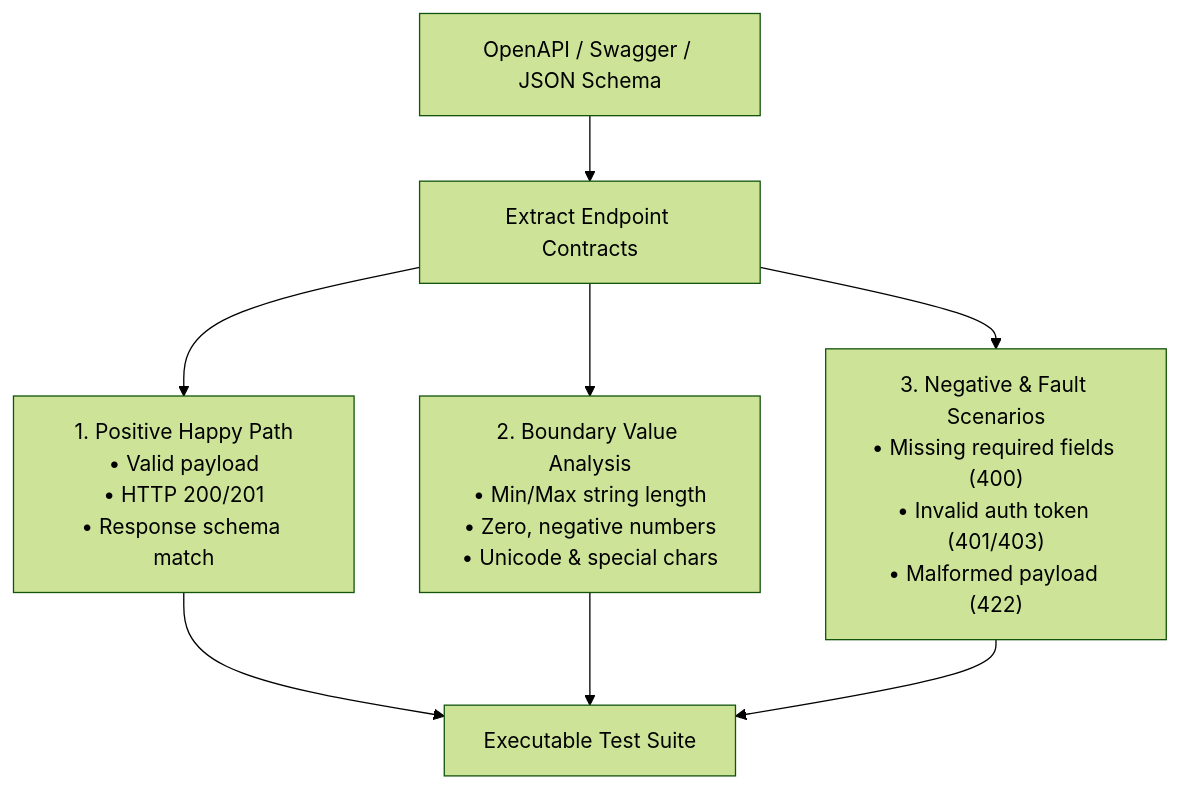
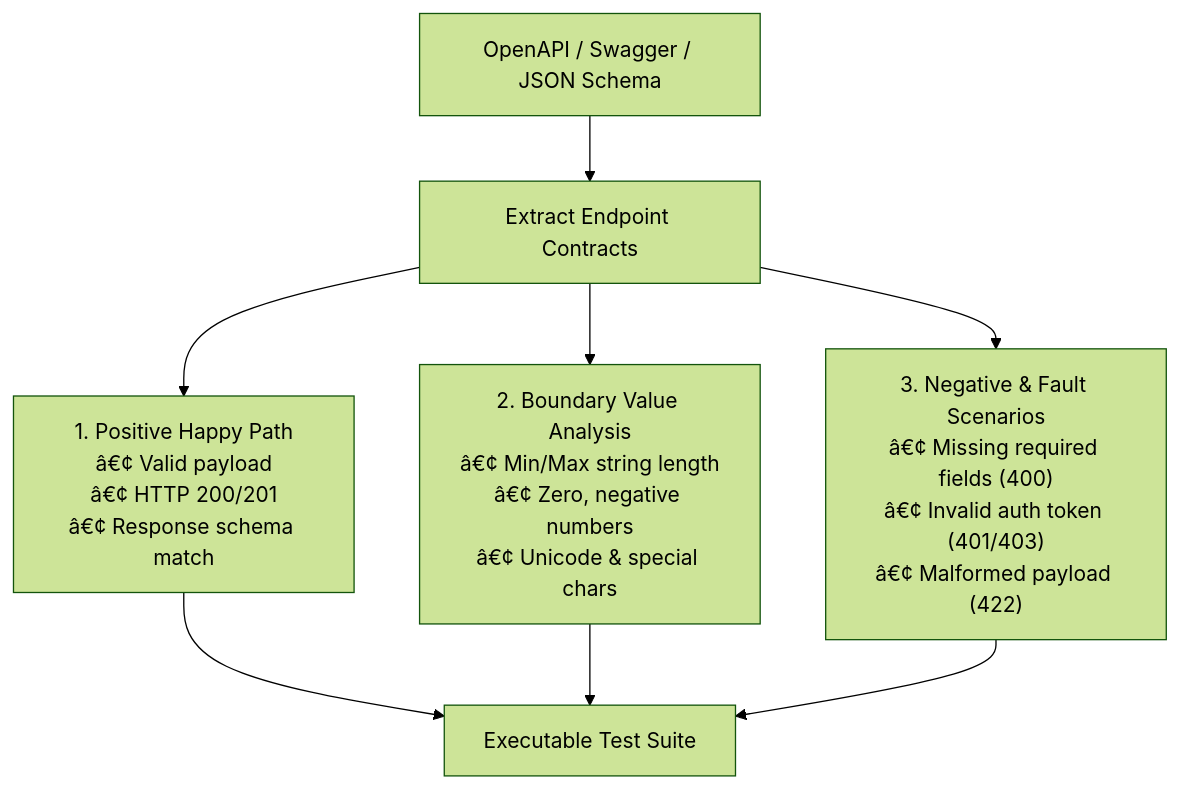
One commit to TeeVee98/Synapse-Hub changed the diagram in .agents/skills/api-spec-to-e2e-matrix/SKILL.md. Above: the diagram before and after it, drawn with Mermaid (forest theme). The commit also changed other lines of this file and 25 other files, not shown here.

````diff
--- a/.agents/skills/api-spec-to-e2e-matrix/SKILL.md
+++ b/.agents/skills/api-spec-to-e2e-matrix/SKILL.md
@@ -15,9 +15,9 @@
 ```mermaid
 flowchart TD
     Spec["OpenAPI / Swagger / JSON Schema"] --> Parse["Extract Endpoint Contracts"]
-    Parse --> Pos["1. Positive Happy Path<br/>• Valid payload<br/>• HTTP 200/201<br/>• Response schema match"]
-    Parse --> Bound["2. Boundary Value Analysis<br/>• Min/Max string length<br/>• Zero, negative numbers<br/>• Unicode & special chars"]
-    Parse --> Neg["3. Negative & Fault Scenarios<br/>• Missing required fields (400)<br/>• Invalid auth token (401/403)<br/>• Malformed payload (422)"]
+    Parse --> Pos["1. Positive Happy Path<br/>â€¢ Valid payload<br/>â€¢ HTTP 200/201<br/>â€¢ Response schema match"]
+    Parse --> Bound["2. Boundary Value Analysis<br/>â€¢ Min/Max string length<br/>â€¢ Zero, negative numbers<br/>â€¢ Unicode & special chars"]
+    Parse --> Neg["3. Negative & Fault Scenarios<br/>â€¢ Missing required fields (400)<br/>â€¢ Invalid auth token (401/403)<br/>â€¢ Malformed payload (422)"]
 
     Pos & Bound & Neg --> Suite["Executable Test Suite"]
 ```
````
